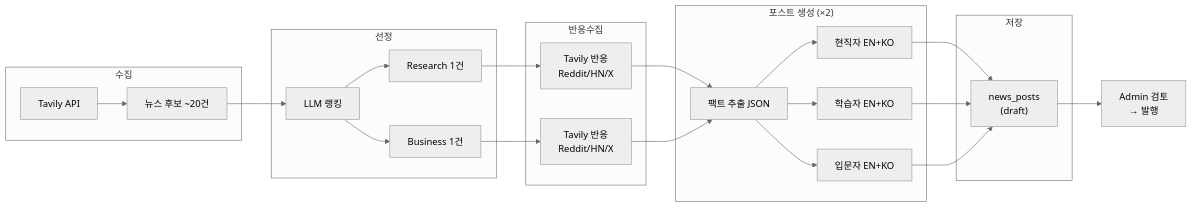
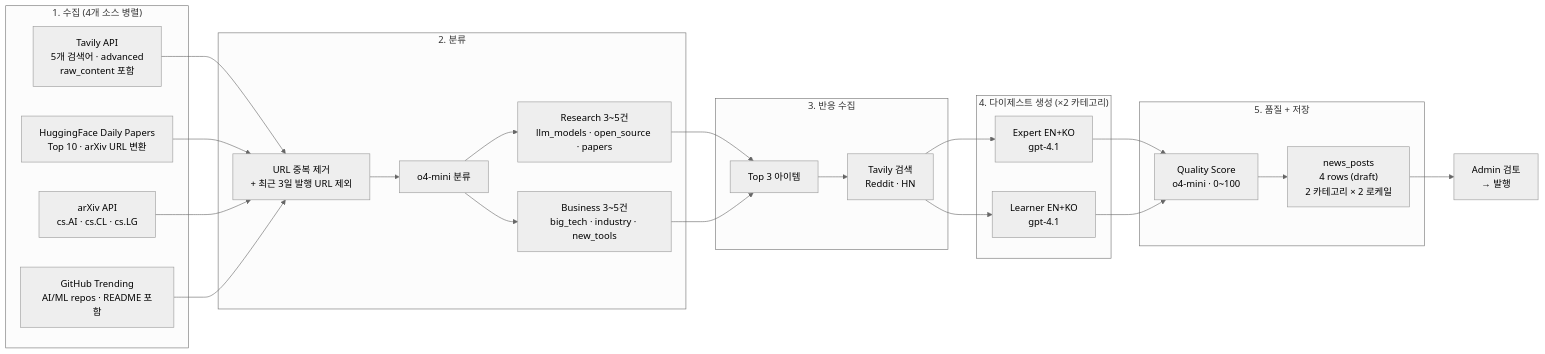
Before and after one commit to x0to1log/0to1log: the third of 3 diagrams in vault/04-AI-System/AI-News-Pipeline-Design.md, drawn with Mermaid (neutral theme). The commit also changed other lines of this file and 11 other files, not shown here.

````diff
--- a/vault/04-AI-System/AI-News-Pipeline-Design.md
+++ b/vault/04-AI-System/AI-News-Pipeline-Design.md
@@ -57,33 +76,33 @@
 ```mermaid
 flowchart LR
-    subgraph 수집
-        TAVILY["Tavily API"] --> CANDIDATES["뉴스 후보 ~20건"]
+    subgraph "1. 수집 (4개 소스 병렬)"
+        TAVILY["Tavily API\n5개 검색어 · advanced\nraw_content 포함"]
+        HF["HuggingFace Daily Papers\nTop 10 · arXiv URL 변환"]
+        ARXIV["arXiv API\ncs.AI · cs.CL · cs.LG"]
+        GITHUB["GitHub Trending\nAI/ML repos · README 포함"]
     end
 
-    subgraph 선정
-        CANDIDATES --> LLM_RANK["LLM 랭킹"]
-        LLM_RANK --> R_PICK["Research 1건"]
-        LLM_RANK --> B_PICK["Business 1건"]
+    subgraph "2. 분류"
+        TAVILY & HF & ARXIV & GITHUB --> DEDUP["URL 중복 제거\n+ 최근 3일 발행 URL 제외"]
+        DEDUP --> CLASSIFY_LLM["o4-mini 분류"]
+        CLASSIFY_LLM --> R_ITEMS["Research 3~5건\nllm_models · open_source · papers"]
+        CLASSIFY_LLM --> B_ITEMS["Business 3~5건\nbig_tech · industry · new_tools"]
     end
 
-    subgraph 반응수집
-        R_PICK --> TAVILY_R["Tavily 반응\nReddit/HN/X"]
-        B_PICK --> TAVILY_B["Tavily 반응\nReddit/HN/X"]
+    subgraph "3. 반응 수집"
+        R_ITEMS & B_ITEMS --> TOP3["Top 3 아이템"]
+        TOP3 --> TAVILY_REACT["Tavily 검색\nReddit · HN"]
     end
 
-    subgraph "포스트 생성 (×2)"
-        TAVILY_R --> FACT_EX["팩트 추출 JSON"]
-        TAVILY_B --> FACT_EX
-        FACT_EX --> P_EXP["현직자 EN+KO"]
-        FACT_EX --> P_LRN["학습자 EN+KO"]
-        FACT_EX --> P_BGN["입문자 EN+KO"]
+    subgraph "4. 다이제스트 생성 (×2 카테고리)"
+        TAVILY_REACT --> P_EXP["Expert EN+KO\ngpt-4.1"]
+        TAVILY_REACT --> P_LRN["Learner EN+KO\ngpt-4.1"]
     end
 
-    subgraph 저장
-        P_EXP --> DB["news_posts\n(draft)"]
-        P_LRN --> DB
-        P_BGN --> DB
+    subgraph "5. 품질 + 저장"
+        P_EXP & P_LRN --> SCORE["Quality Score\no4-mini · 0~100"]
+        SCORE --> DB["news_posts\n4 rows (draft)\n2 카테고리 × 2 로케일"]
     end
 
     DB --> ADMIN["Admin 검토\n→ 발행"]
 ```
````
